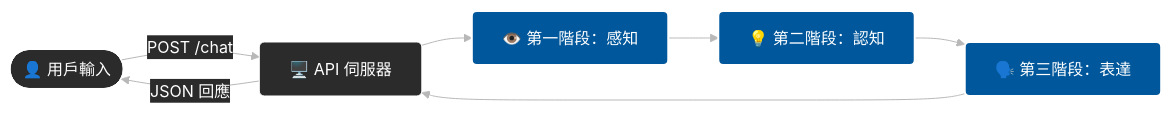
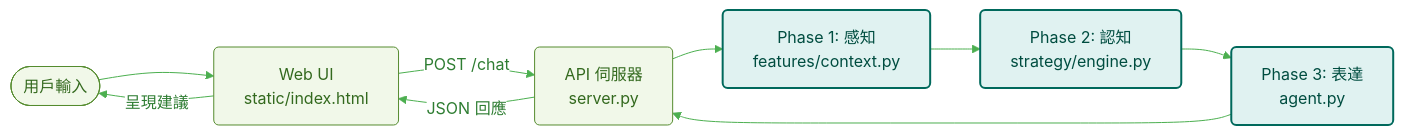
The first of 5 diagrams in project_workflow.md (darkloudddd/my-poker-coach), drawn with Mermaid before and after one commit. The commit also changed other lines of this file, not shown here.

Commit message:
Add system architecture documentation and diagrams

````diff
--- a/project_workflow.md
+++ b/project_workflow.md
@@ -7,17 +7,20 @@
 ```mermaid
-%%{init: {'theme': 'base', 'themeVariables': { 'primaryColor': '#2b2b2b', 'primaryTextColor': '#fff', 'primaryBorderColor': '#fff', 'lineColor': '#b8b8b8', 'edgeLabelBackground': '#2b2b2b', 'tertiaryTextColor': '#fff'}}}%%
+%%{init: {'theme': 'base', 'themeVariables': { 'primaryColor': '#e8f5e9', 'primaryTextColor': '#2e7d32', 'primaryBorderColor': '#a5d6a7', 'lineColor': '#4caf50', 'edgeLabelBackground': '#ffffff', 'tertiaryColor': '#fff'}}}%%
 graph LR
-    User([👤 用戶輸入]) -->|POST /chat| Server[🖥️ API 伺服器]
+    User([用戶輸入]) --> UI[Web UI<br/>static/index.html]
+    UI -->|POST /chat| Server[API 伺服器<br/>server.py]
     
-    Server --> P[👁️ 第一階段：感知]
-    P --> C[💡 第二階段：認知]
-    C --> E[🗣️ 第三階段：表達]
+    Server --> P[Phase 1: 感知<br/>features/context.py]
+    P --> C[Phase 2: 認知<br/>strategy/engine.py]
+    C --> E[Phase 3: 表達<br/>agent.py]
     
     E --> Server
-    Server -->|JSON 回應| User
+    Server -->|JSON 回應| UI
+    UI -->|呈現建議| User
     
-    %% 高對比樣式：深色節點 + 白色文字 + 淺灰色線條
-    classDef default fill:#2b2b2b,stroke:#fff,stroke-width:1px,rx:5,ry:5,color:#fff;
-    classDef phase fill:#01579b,stroke:#fff,stroke-width:2px,color:#fff;
+    %% Style Reference: Green/Grey Professional Flowchart
+    classDef default fill:#f1f8e9,stroke:#558b2f,stroke-width:1px,rx:5,ry:5,color:#33691e;
+    classDef phase fill:#e0f2f1,stroke:#00695c,stroke-width:2px,color:#004d40;
     class P,C,E phase;
+    class User,UI,Server default;
 ```
````
